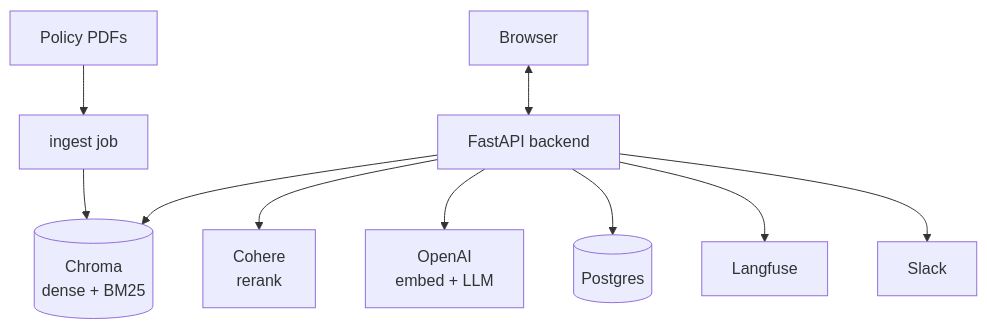
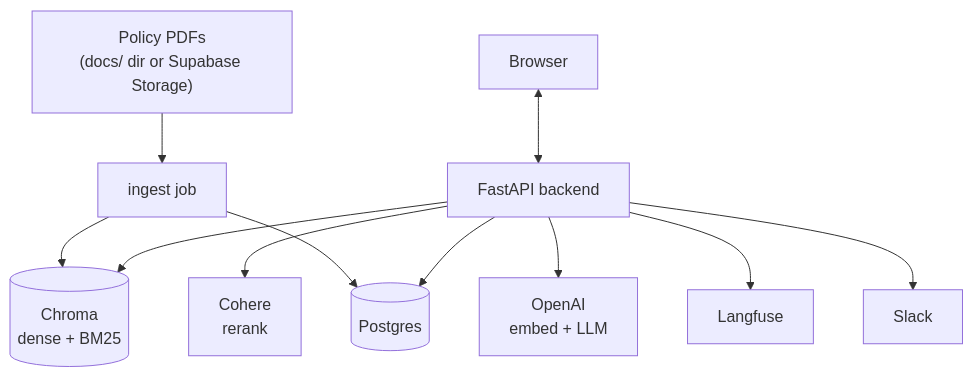
Before and after one commit to SohaSiddiqui6/HR-RAG: the first of 10 diagrams in docs/ARCHITECTURE.md, drawn with Mermaid. The commit also changed other lines of this file and 15 other files, not shown here.

Commit message:
Refactor ingestion process to support PDF sources from local directory or Supabase Storage; update related documentation and models.

````diff
--- a/docs/ARCHITECTURE.md
+++ b/docs/ARCHITECTURE.md
@@ -22,11 +22,12 @@
 ```mermaid
 flowchart TB
     User["Browser"] <--> API["FastAPI backend"]
     API --> Chroma[("Chroma<br/>dense + BM25")]
     API --> Cohere["Cohere<br/>rerank"]
     API --> OpenAI["OpenAI<br/>embed + LLM"]
     API --> PG[("Postgres")]
     API --> LF["Langfuse"]
     API --> Slack["Slack"]
-    PDFs["Policy PDFs"] --> Ingest["ingest job"] --> Chroma
+    PDFs["Policy PDFs<br/>(docs/ dir or Supabase Storage)"] --> Ingest["ingest job"] --> Chroma
+    Ingest --> PG
 ```
````
